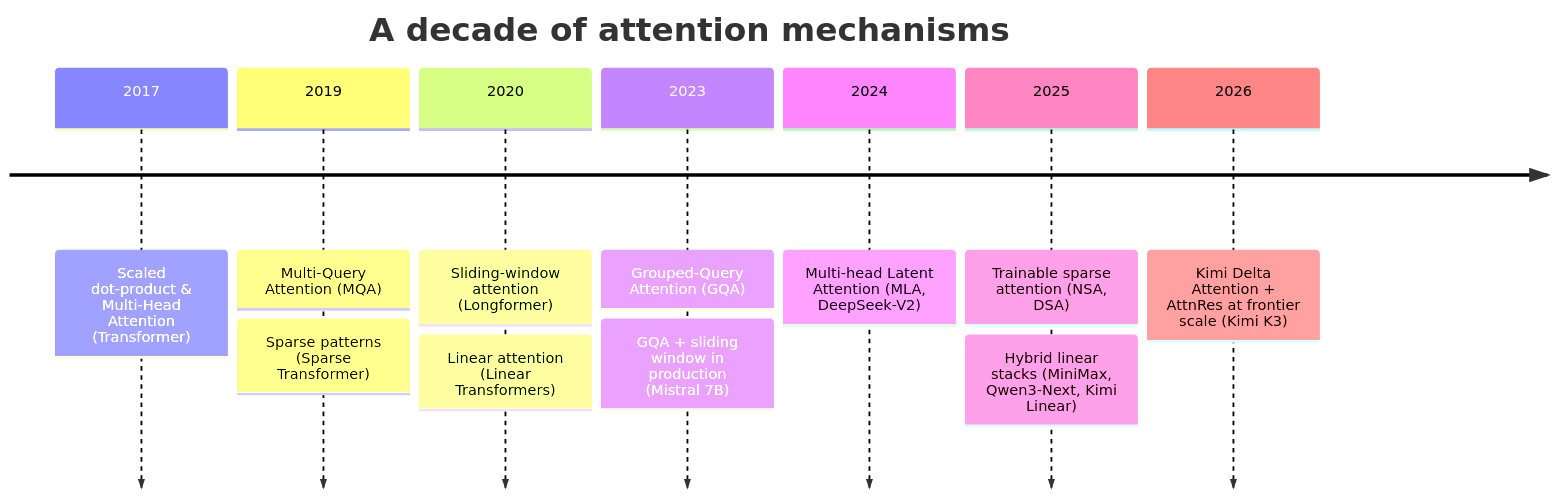
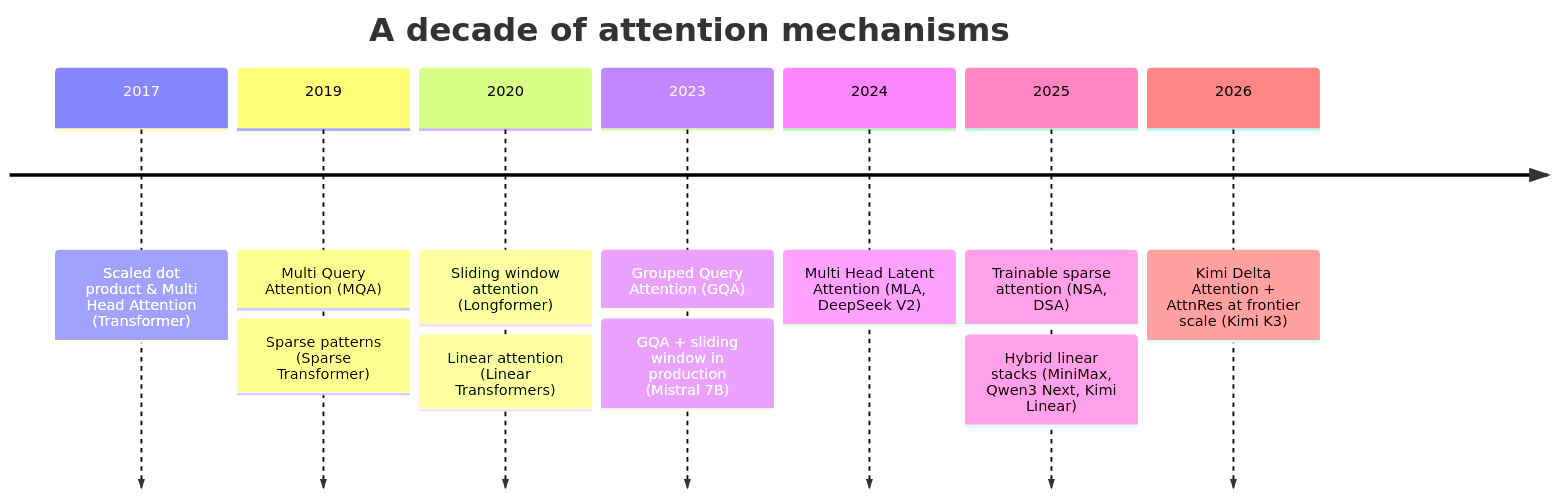
One commit to hyunwonch/hyunwonch.github.io changed the first of 9 diagrams in _posts/2026-08-19-evolution-of-attention.md. Above: the diagram before and after it, drawn with Mermaid. The commit also changed other lines of this file, not shown here.

Commit message:
Improve attention article accuracy

````diff
--- a/_posts/2026-08-19-evolution-of-attention.md
+++ b/_posts/2026-08-19-evolution-of-attention.md
@@ -45,16 +45,16 @@
 ```mermaid
 %%{init: {'timeline': {'useMaxWidth': false}}}%%
 timeline
     title A decade of attention mechanisms
-    2017 : Scaled dot-product & Multi-Head Attention (Transformer)
-    2019 : Multi-Query Attention (MQA)
+    2017 : Scaled dot product & Multi Head Attention (Transformer)
+    2019 : Multi Query Attention (MQA)
          : Sparse patterns (Sparse Transformer)
-    2020 : Sliding-window attention (Longformer)
+    2020 : Sliding window attention (Longformer)
          : Linear attention (Linear Transformers)
-    2023 : Grouped-Query Attention (GQA)
+    2023 : Grouped Query Attention (GQA)
          : GQA + sliding window in production (Mistral 7B)
-    2024 : Multi-head Latent Attention (MLA, DeepSeek-V2)
+    2024 : Multi Head Latent Attention (MLA, DeepSeek V2)
     2025 : Trainable sparse attention (NSA, DSA)
-         : Hybrid linear stacks (MiniMax, Qwen3-Next, Kimi Linear)
+         : Hybrid linear stacks (MiniMax, Qwen3 Next, Kimi Linear)
     2026 : Kimi Delta Attention + AttnRes at frontier scale (Kimi K3)
 ```
````
